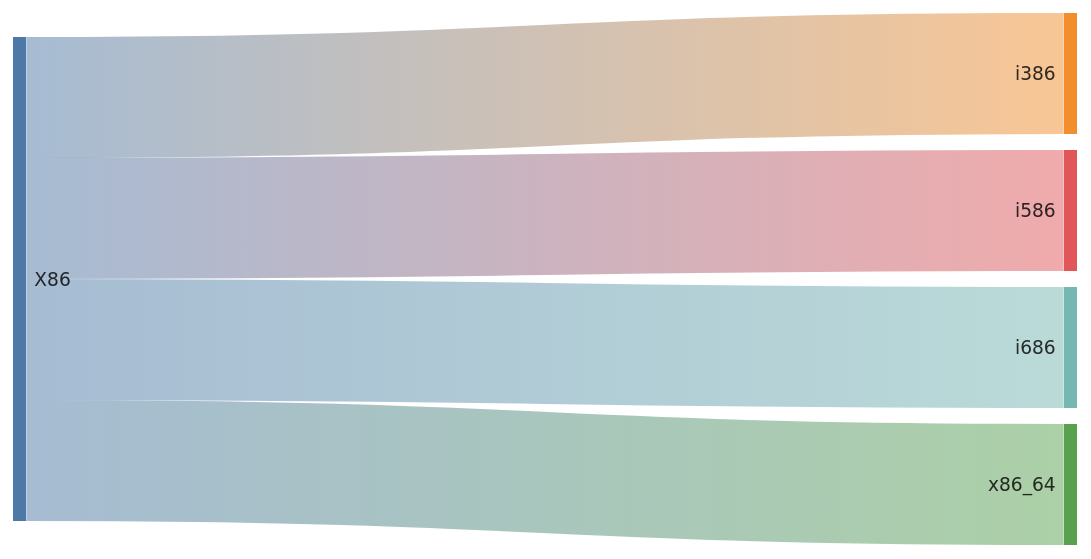
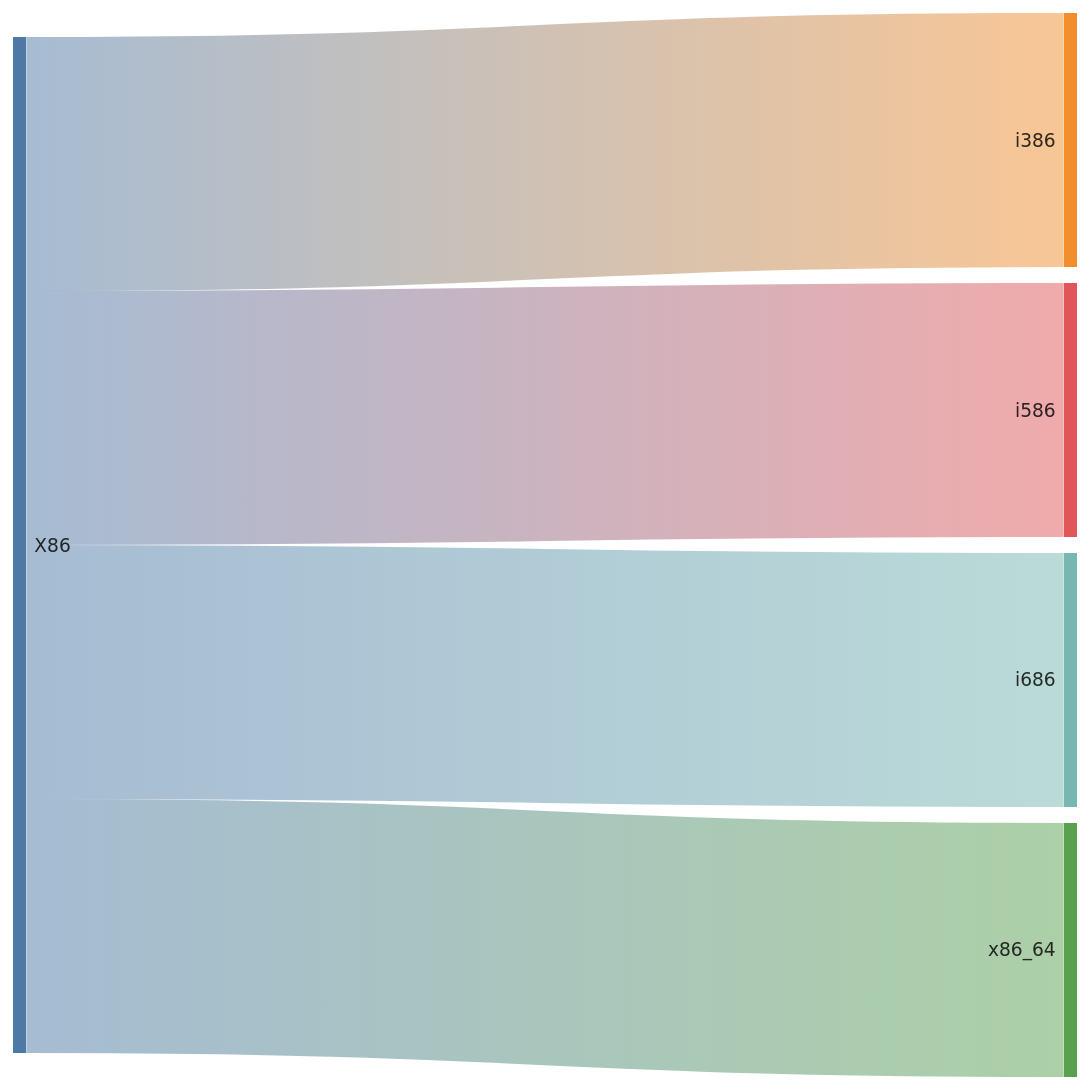
One commit to kdeldycke/extra-platforms changed diagram 11 of 11 in docs/architectures.md. Above: the diagram before and after it, drawn with Mermaid. The commit also changed other lines of this file and 3 other files, not shown here.

````diff
--- a/docs/architectures.md
+++ b/docs/architectures.md
@@ -264,11 +264,11 @@
 ```mermaid
 ---
-config: {"sankey": {"showValues": false, "width": 800, "height": 400}}
+config: {"sankey": {"showValues": false, "width": 800, "height": 800}}
 ---
 sankey-beta
 
 X86,i386,1
 X86,i586,1
 X86,i686,1
 X86,x86_64,1
 ```
````
